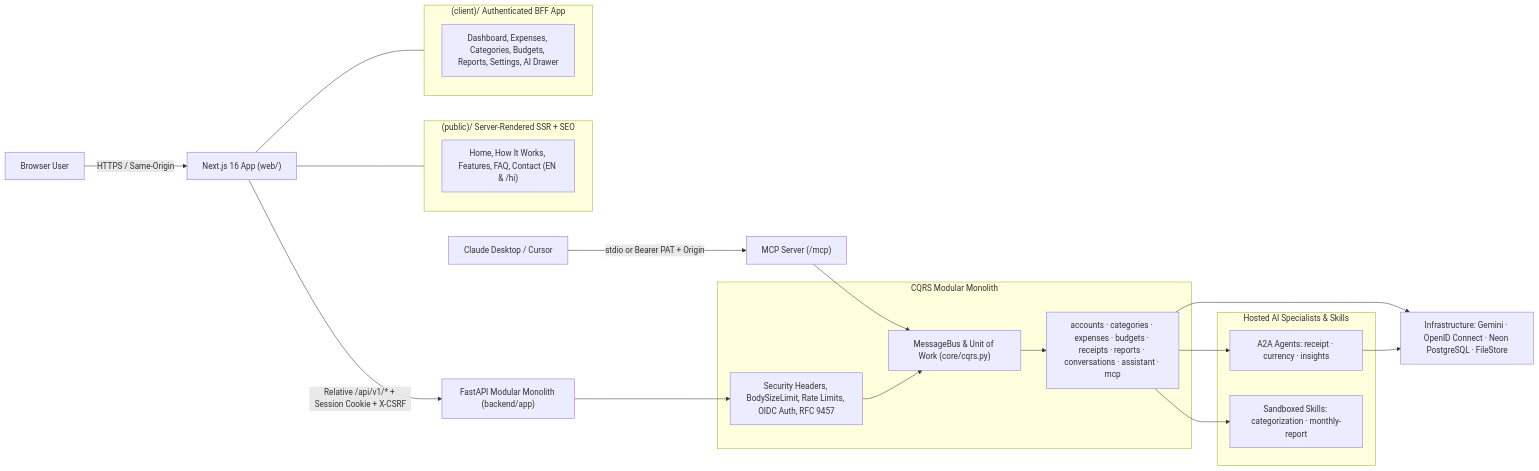
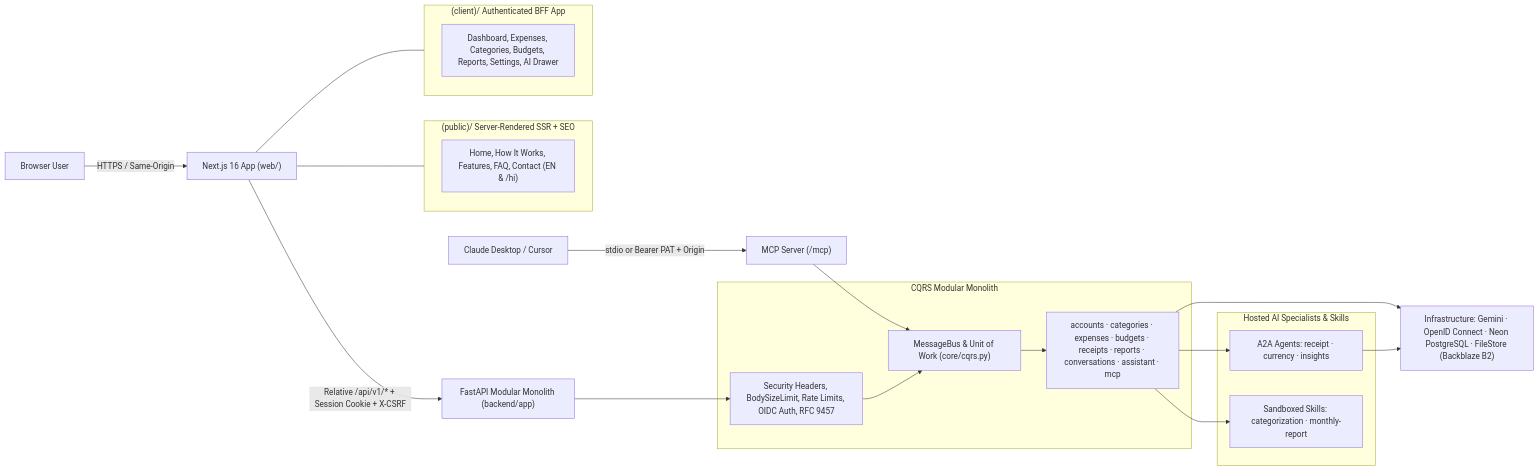
The diagram in README.md (primecoderIN/trackwise.ai), drawn with Mermaid before and after one commit. The commit also changed other lines of this file and 21 other files, not shown here.

````diff
--- a/README.md
+++ b/README.md
@@ -42,40 +42,40 @@
 ```mermaid
 flowchart LR
     User["Browser User"] -->|HTTPS / Same-Origin| Next["Next.js 16 App (web/)"]
     MCPClient["Claude Desktop / Cursor"] -->|stdio or Bearer PAT + Origin| MCP["MCP Server (/mcp)"]
 
     subgraph Public["(public)/ Server-Rendered SSR + SEO"]
         NextPub["Home, How It Works, Features, FAQ, Contact (EN & /hi)"]
     end
 
     subgraph Workspace["(client)/ Authenticated BFF App"]
         NextApp["Dashboard, Expenses, Categories, Budgets, Reports, Settings, AI Drawer"]
     end
 
     Next --- Public
     Next --- Workspace
     Next -->|"Relative /api/v1/* + Session Cookie + X-CSRF"| API["FastAPI Modular Monolith (backend/app)"]
     MCP --> Bus
 
     subgraph Backend["CQRS Modular Monolith"]
         Guards["Security Headers, BodySizeLimit, Rate Limits, OIDC Auth, RFC 9457"]
         Bus["MessageBus & Unit of Work (core/cqrs.py)"]
         Modules["accounts · categories · expenses · budgets · receipts · reports · conversations · assistant · mcp"]
         Guards --> Bus
         Bus --> Modules
     end
 
     API --> Guards
 
     subgraph AI["Hosted AI Specialists & Skills"]
         Agents["A2A Agents: receipt · currency · insights"]
         Skills["Sandboxed Skills: categorization · monthly-report"]
     end
 
-    Infra["Infrastructure: Gemini · OpenID Connect · Neon PostgreSQL · FileStore"]
+    Infra["Infrastructure: Gemini · OpenID Connect · Neon PostgreSQL · FileStore (Backblaze B2)"]
 
     Modules --> Agents
     Modules --> Skills
     Modules --> Infra
     Agents --> Infra
 ```
````
